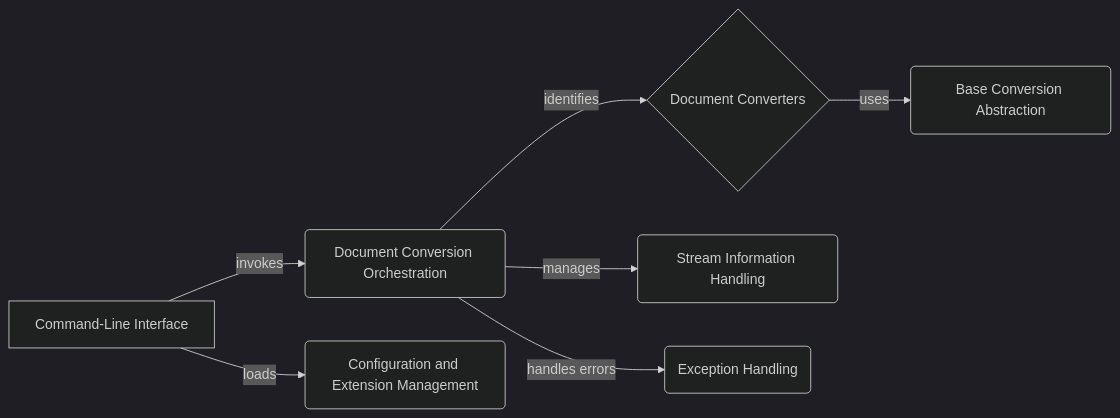
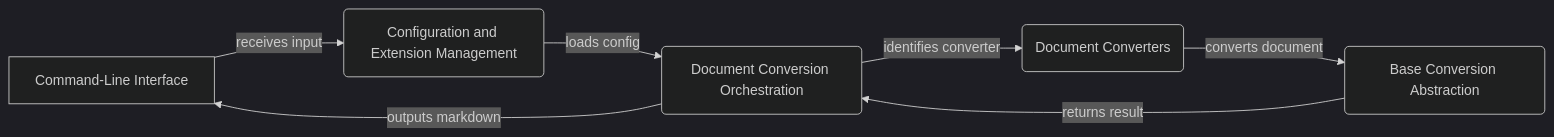
The diagram in markitdown/on_boarding.md (CodeBoarding/GeneratedOnBoardings), drawn with Mermaid (dark theme) before and after one commit. The commit also changed other lines of this file and 10 other files, not shown here.

````diff
--- a/markitdown/on_boarding.md
+++ b/markitdown/on_boarding.md
@@ -9,9 +9,9 @@
 ```mermaid
 graph LR
-    A[Command-Line Interface] -- invokes --> B(Document Conversion Orchestration)
-    B -- identifies --> C{Document Converters}
-    B -- manages --> D(Stream Information Handling)
-    C -- uses --> E(Base Conversion Abstraction)
-    A -- loads --> F(Configuration and Extension Management)
-    B -- handles errors --> G(Exception Handling)
+    A[Command-Line Interface] -- receives input --> B(Configuration and Extension Management)
+    B -- loads config --> C(Document Conversion Orchestration)
+    C -- identifies converter --> D(Document Converters)
+    D -- converts document --> E(Base Conversion Abstraction)
+    E -- returns result --> C
+    C -- outputs markdown --> A
 ```
````
